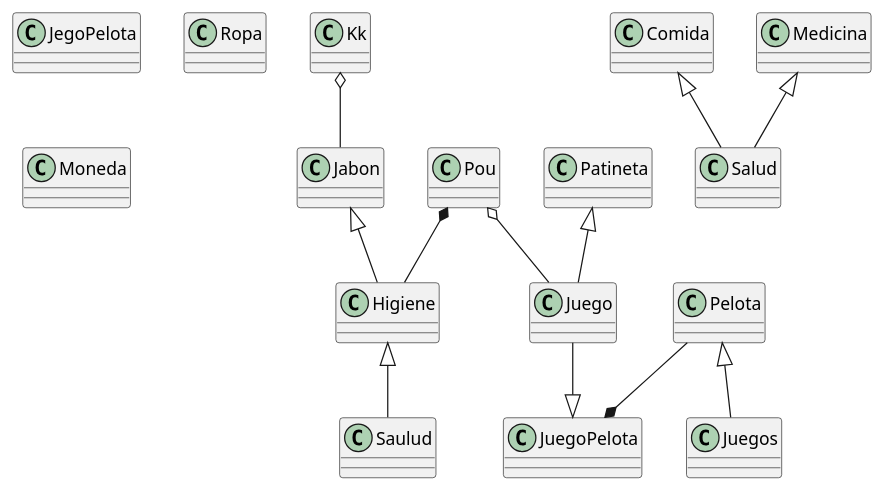
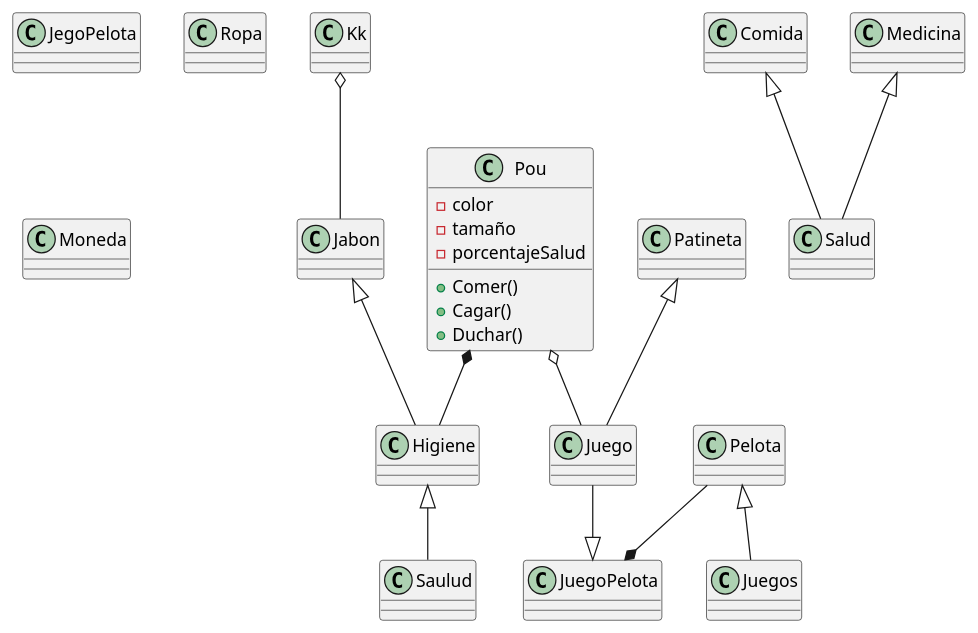
Before and after one commit to Josue-gael-guzman-chavez/Hola-Mundo: the diagram in docs/pow.puml, drawn with PlantUML. The commit also changed 3 other files, not shown here.

```diff
--- a/docs/pow.puml
+++ b/docs/pow.puml
@@ -1,34 +1,42 @@
 @startuml pow
 
-class Pou
+class Pou{
+    -color
+    -tamaño
+    -porcentajeSalud
+    +Comer()
+    +Cagar()
+    +Duchar()
+
+}
 class Juego
 class JegoPelota
 class Pelota
 class Comida
 class Ropa
 class Kk
 class Higiene
 class Patineta
 class Moneda
 class Medicina
 class Salud
 
 
 Pou o-- Juego
 Pelota <|-- Juegos
 Patineta <|-- Juego
 Pou *-- Higiene
 Higiene <|-- Saulud
 Medicina <|-- Salud
 Comida <|-- Salud
 Juego --|> JuegoPelota
 Pelota --* JuegoPelota
 Jabon <|-- Higiene
 Kk o-- Jabon
 
 
 
 
 
 
 @enduml
```
